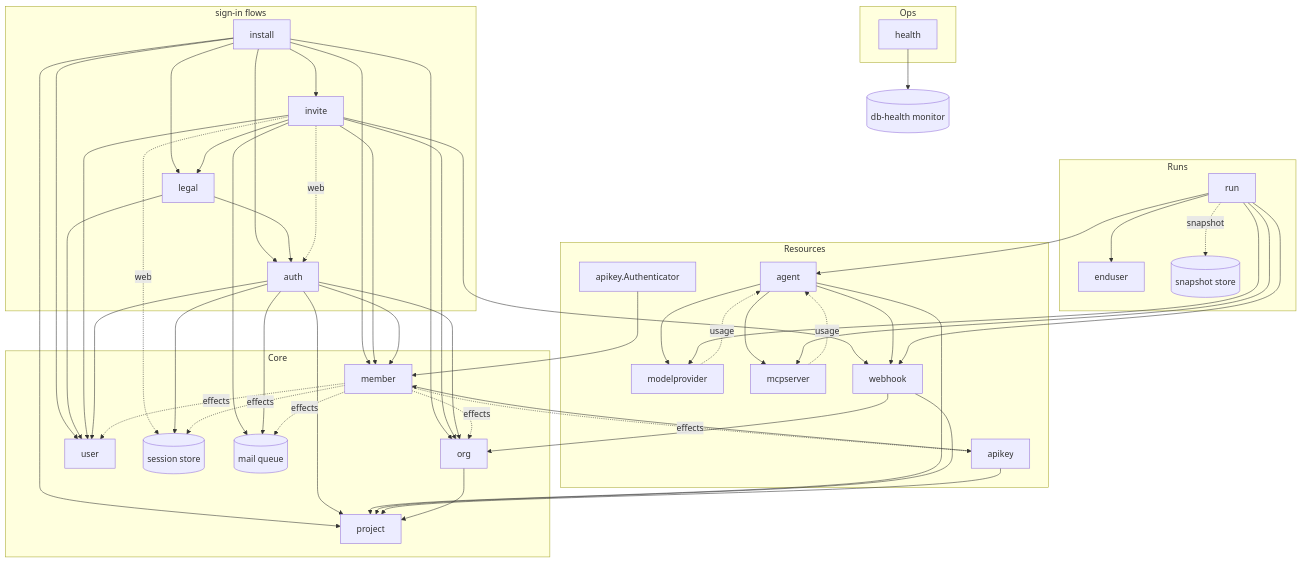
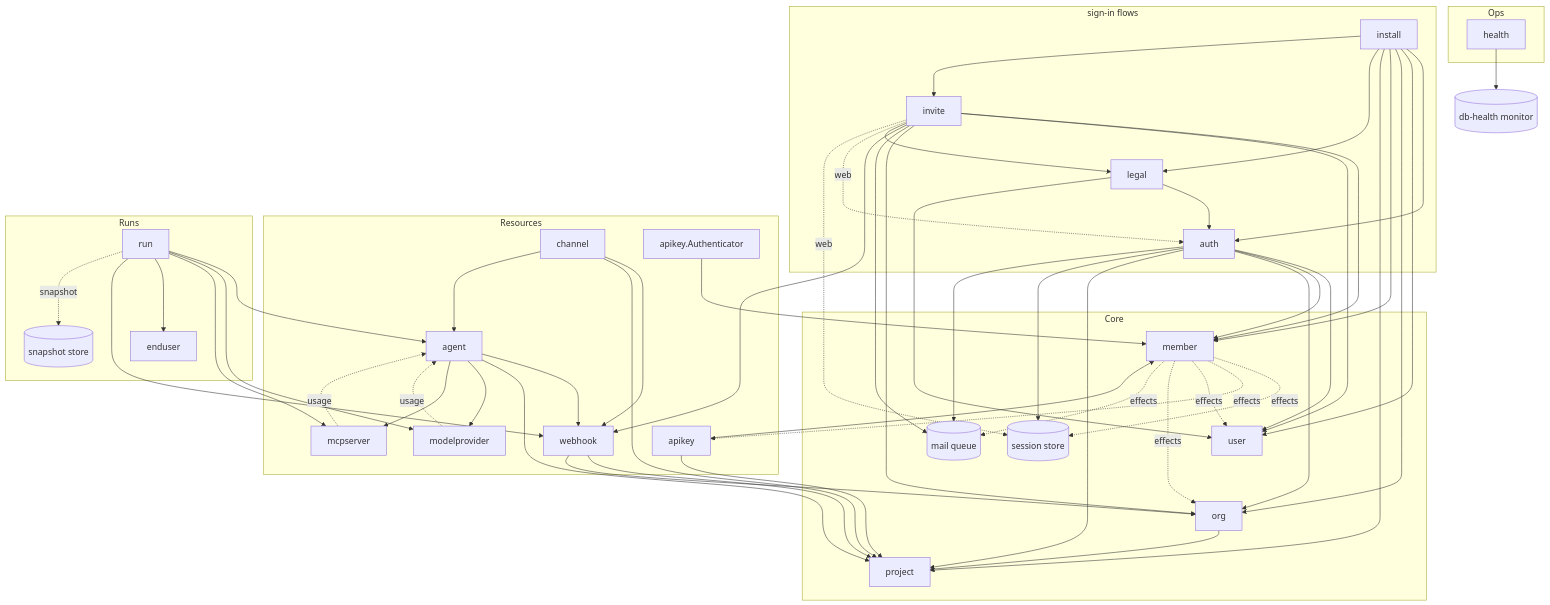
The third of 3 diagrams in internal/boot/README.md (altalune-id/oagent), drawn with Mermaid before and after one commit. The commit also changed other lines of this file and 304 other files, not shown here.

````diff
--- a/internal/boot/README.md
+++ b/internal/boot/README.md
@@ -130,56 +132,58 @@
 ```mermaid
 flowchart TD
     subgraph Flows["sign-in flows"]
         install
         legal
         auth
         invite
     end
     subgraph Ops
         health
     end
     subgraph Resources
         agent
         modelprovider
         mcpserver
+        channel
         webhook
         apikey
         keyAuthn["apikey.Authenticator"]
     end
     subgraph Runs
         run
         enduser
         snapshots[(snapshot store)]
     end
     subgraph Core
         org
         project
         member
         user
         sessions[(session store)]
         mailqueue[(mail queue)]
     end
 
     install --> auth
     legal --> auth
     install --> user & org & member & project & legal & invite
     legal --> user
     invite --> member & user & org & mailqueue & webhook & legal
     invite -. web .-> auth & sessions
     auth --> user & member & org & project & sessions & mailqueue
 
     agent --> webhook
     agent --> project
     agent --> modelprovider & mcpserver
     modelprovider -. usage .-> agent
     mcpserver -. usage .-> agent
     webhook --> project & org
     apikey --> project & member
     keyAuthn --> member
     member -. effects .-> sessions & apikey & user & org & mailqueue
     run --> agent & modelprovider & mcpserver & enduser & webhook
+    channel --> webhook & project & agent
     run -. snapshot .-> snapshots
     health --> dbh[(db-health monitor)]
 
     org --> project
 ```
````
